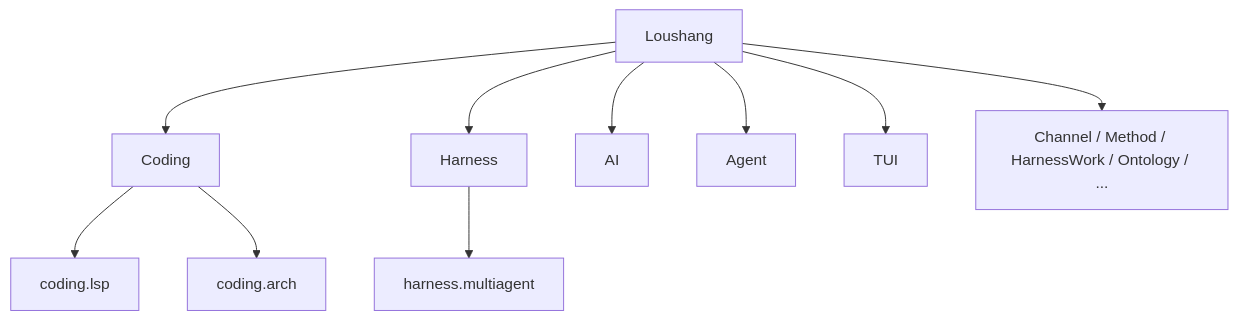
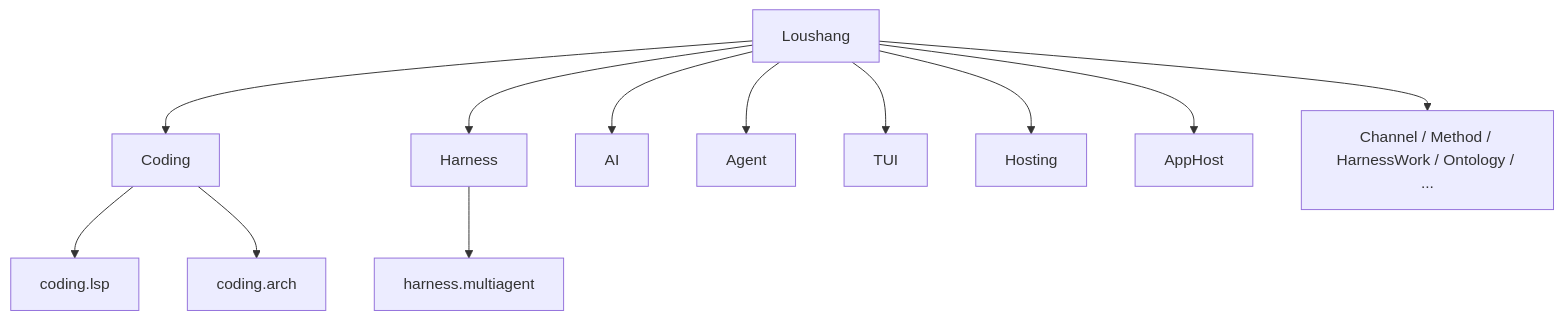
One commit to zhnt/loushang changed the second of 2 diagrams in docs/internals/architecture/subsystem-diagram.md. Above: the diagram before and after it, drawn with Mermaid. The commit also changed other lines of this file and 28 other files, not shown here.

````diff
--- a/docs/internals/architecture/subsystem-diagram.md
+++ b/docs/internals/architecture/subsystem-diagram.md
@@ -59,25 +62,29 @@
 ```mermaid
 flowchart TD
     LOUSHANG["Loushang"]
     CODING["Coding"]
     HARNESS["Harness"]
     AI["AI"]
     AGENT["Agent"]
     TUI["TUI"]
+    HOSTING["Hosting"]
+    APPHOST["AppHost"]
     OTHER["Channel / Method / HarnessWork / Ontology / ..."]
 
     LSP["coding.lsp"]
     ARCH["coding.arch"]
     MULTI["harness.multiagent"]
 
     LOUSHANG --> CODING
     LOUSHANG --> HARNESS
     LOUSHANG --> AI
     LOUSHANG --> AGENT
     LOUSHANG --> TUI
+    LOUSHANG --> HOSTING
+    LOUSHANG --> APPHOST
     LOUSHANG --> OTHER
 
     CODING --> LSP
     CODING --> ARCH
     HARNESS --> MULTI
 ```
````
